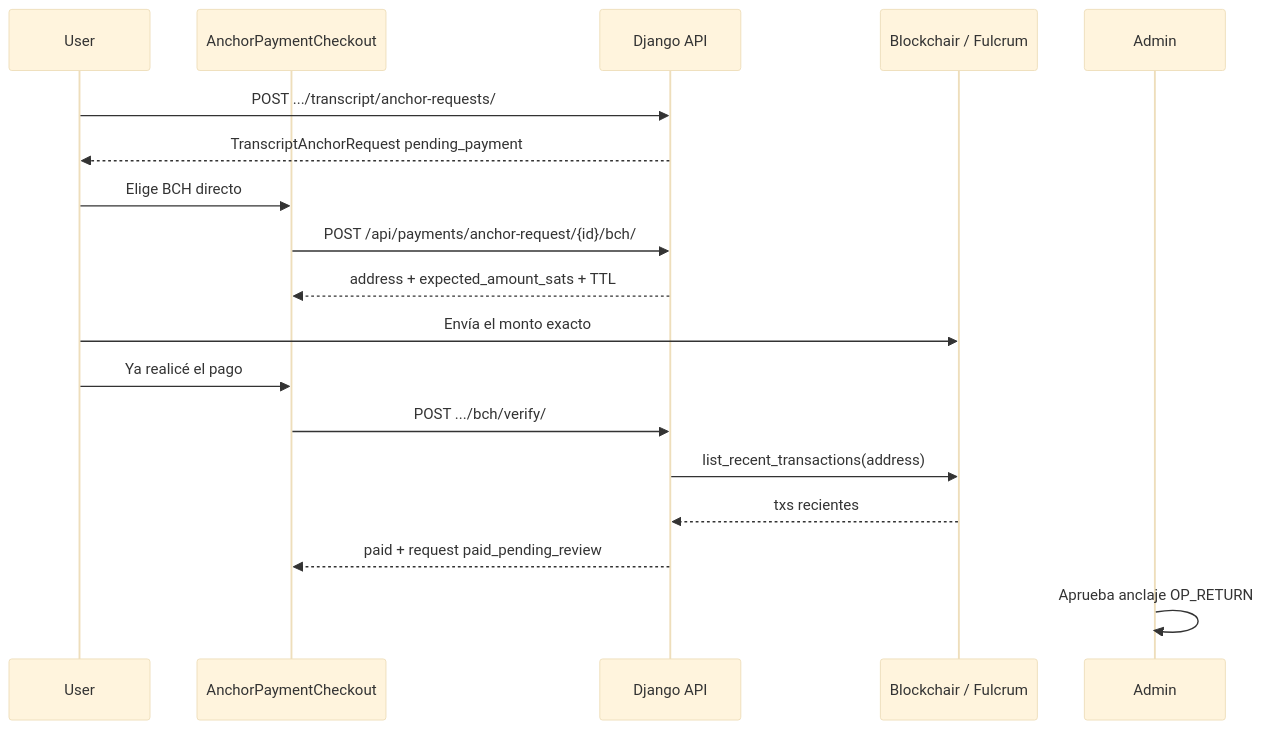
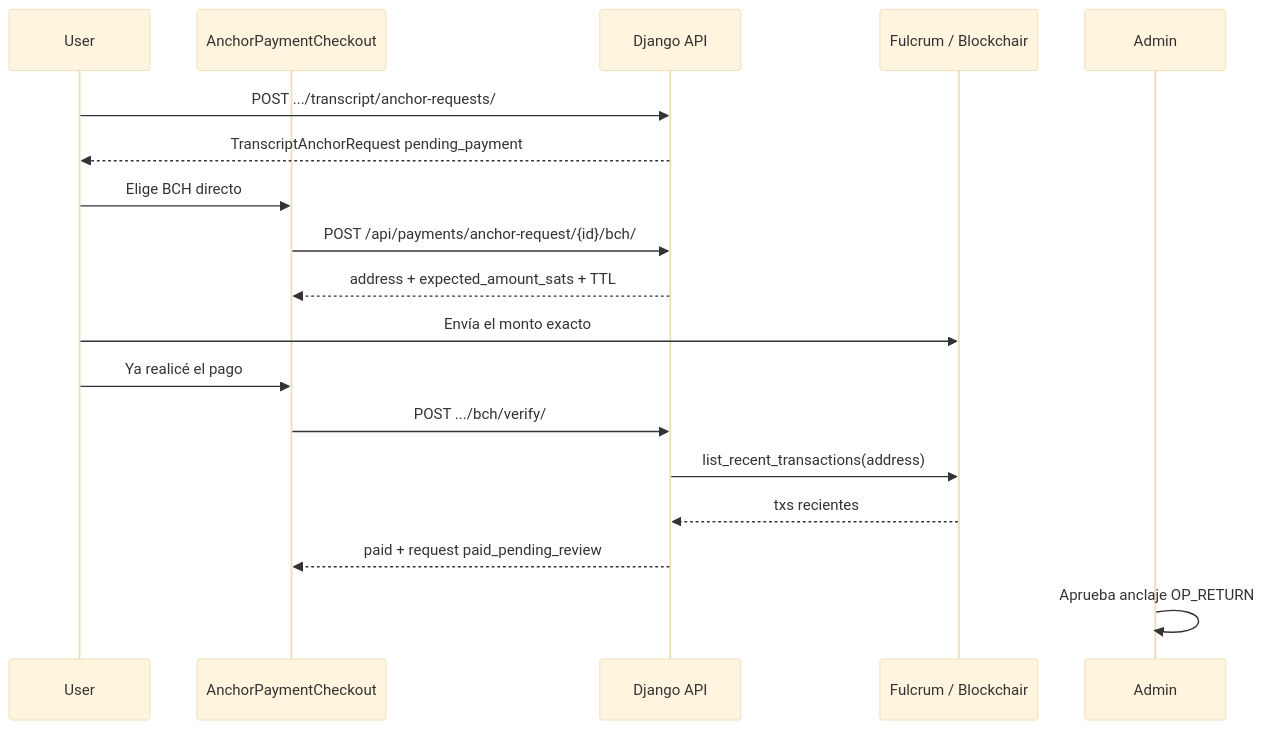
Before and after one commit to Alejoss/Sophia.AI: the diagram in docs/payments/bch-direct.md, drawn with Mermaid (base theme). The commit also changed other lines of this file and 11 other files, not shown here.

````diff
--- a/docs/payments/bch-direct.md
+++ b/docs/payments/bch-direct.md
@@ -44,21 +44,21 @@
 ```mermaid
 sequenceDiagram
     participant User
     participant UI as AnchorPaymentCheckout
     participant API as Django API
-    participant Chain as Blockchair / Fulcrum
+    participant Chain as Fulcrum / Blockchair
     participant Admin
 
     User->>API: POST .../transcript/anchor-requests/
     API-->>User: TranscriptAnchorRequest pending_payment
     User->>UI: Elige BCH directo
     UI->>API: POST /api/payments/anchor-request/{id}/bch/
     API-->>UI: address + expected_amount_sats + TTL
     User->>Chain: Envía el monto exacto
     User->>UI: Ya realicé el pago
     UI->>API: POST .../bch/verify/
     API->>Chain: list_recent_transactions(address)
     Chain-->>API: txs recientes
     API-->>UI: paid + request paid_pending_review
     Admin->>Admin: Aprueba anclaje OP_RETURN
 ```
````
